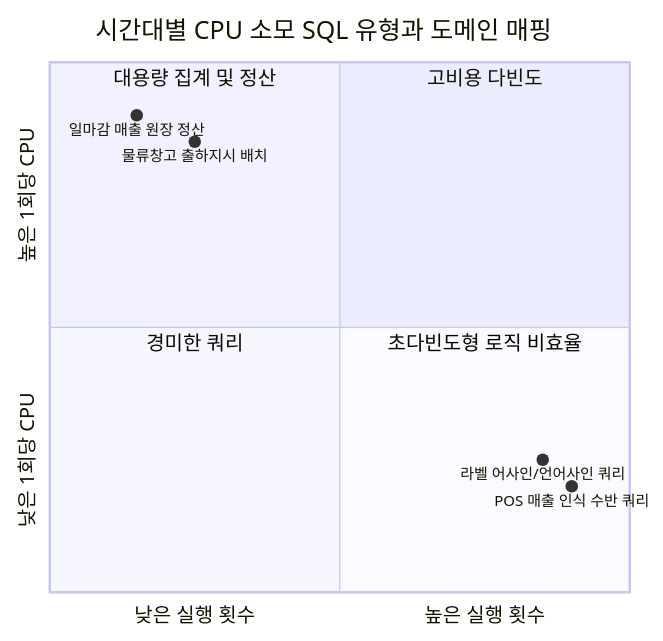
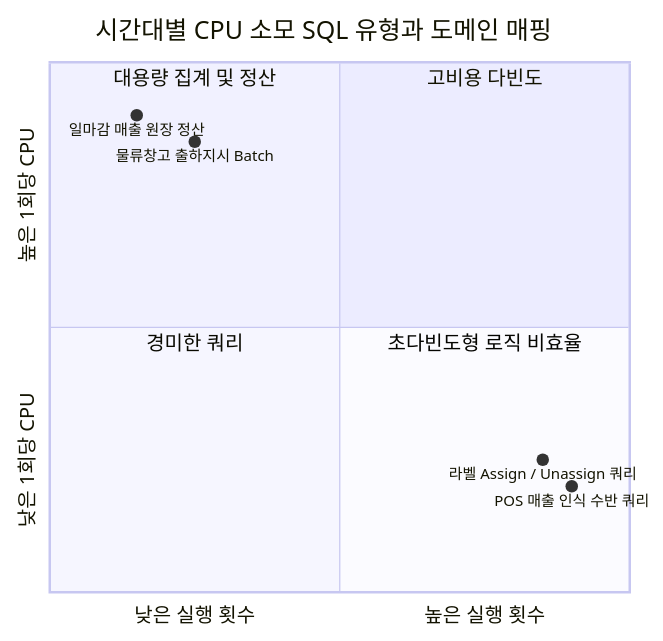
One commit to djpibo/djpibo.github.io changed the fifth of 5 diagrams in docs/case/2026-1Q/oy-sale-stat-hourly-cpu-sql.md. Above: the diagram before and after it, drawn with Mermaid. The commit also changed other lines of this file and 14 other files, not shown here.

````diff
--- a/docs/case/2026-1Q/oy-sale-stat-hourly-cpu-sql.md
+++ b/docs/case/2026-1Q/oy-sale-stat-hourly-cpu-sql.md
@@ -248,14 +248,14 @@
 ```mermaid
 quadrantChart
     title 시간대별 CPU 소모 SQL 유형과 도메인 매핑
     x-axis "낮은 실행 횟수" --> "높은 실행 횟수"
     y-axis "낮은 1회당 CPU" --> "높은 1회당 CPU"
     quadrant-1 "고비용 다빈도"
     quadrant-2 "대용량 집계 및 정산"
     quadrant-3 "경미한 쿼리"
     quadrant-4 "초다빈도형 로직 비효율"
     "POS 매출 인식 수반 쿼리": [0.90, 0.20]
-    "라벨 어사인/언어사인 쿼리": [0.85, 0.25]
-    "물류창고 출하지시 배치": [0.25, 0.85]
+    "라벨 Assign / Unassign 쿼리": [0.85, 0.25]
+    "물류창고 출하지시 Batch": [0.25, 0.85]
     "일마감 매출 원장 정산": [0.15, 0.90]
 ```
````
